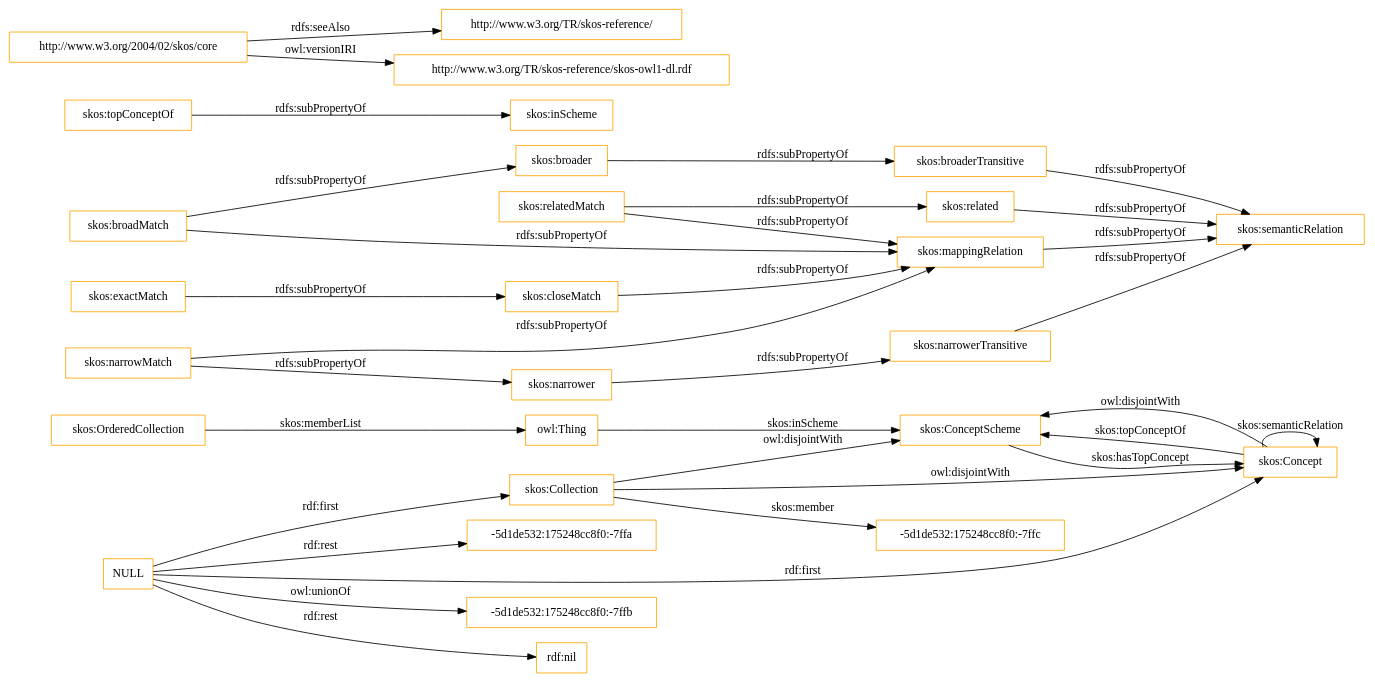
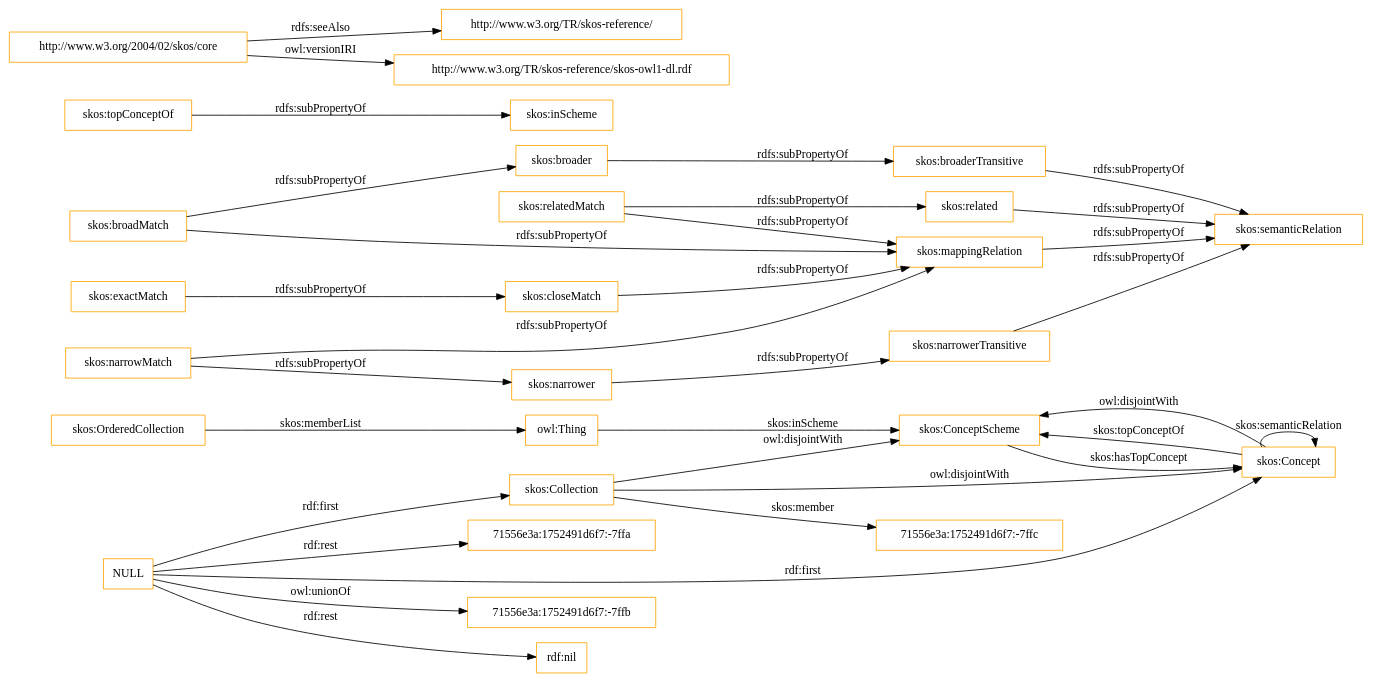
One commit to OnToologyUser/core-ontology-1 changed the diagram in OnToology/imports/skos.owl/diagrams/ar2dtool-class/skos.owl.png.dot. Above: the diagram before and after it, drawn with Graphviz. The commit also changed 14 other files, not shown here.

```diff
--- a/OnToology/imports/skos.owl/diagrams/ar2dtool-class/skos.owl.png.dot
+++ b/OnToology/imports/skos.owl/diagrams/ar2dtool-class/skos.owl.png.dot
@@ -1,37 +1,37 @@
 digraph ar2dtool_diagram { 
 rankdir=LR;
 size="1501"
-node [shape = rectangle, color="orange"]; "skos:OrderedCollection" "skos:ConceptScheme" "skos:Concept" "skos:Collection" "-5d1de532:175248cc8f0:-7ffc" ; /*classes style*/
+node [shape = rectangle, color="orange"]; "skos:OrderedCollection" "skos:ConceptScheme" "skos:Concept" "skos:Collection" "71556e3a:1752491d6f7:-7ffc" ; /*classes style*/
 	"skos:narrowerTransitive" -> "skos:semanticRelation" [ label = "rdfs:subPropertyOf" ];
-	"NULL" -> "-5d1de532:175248cc8f0:-7ffb" [ label = "owl:unionOf" ];
+	"NULL" -> "71556e3a:1752491d6f7:-7ffb" [ label = "owl:unionOf" ];
 	"NULL" -> "rdf:nil" [ label = "rdf:rest" ];
 	"NULL" -> "skos:Concept" [ label = "rdf:first" ];
-	"NULL" -> "-5d1de532:175248cc8f0:-7ffa" [ label = "rdf:rest" ];
+	"NULL" -> "71556e3a:1752491d6f7:-7ffa" [ label = "rdf:rest" ];
 	"NULL" -> "skos:Collection" [ label = "rdf:first" ];
 	"skos:closeMatch" -> "skos:mappingRelation" [ label = "rdfs:subPropertyOf" ];
 	"skos:Concept" -> "skos:ConceptScheme" [ label = "owl:disjointWith" ];
 	"skos:relatedMatch" -> "skos:related" [ label = "rdfs:subPropertyOf" ];
 	"skos:relatedMatch" -> "skos:mappingRelation" [ label = "rdfs:subPropertyOf" ];
 	"skos:related" -> "skos:semanticRelation" [ label = "rdfs:subPropertyOf" ];
 	"skos:topConceptOf" -> "skos:inScheme" [ label = "rdfs:subPropertyOf" ];
 	"skos:broadMatch" -> "skos:mappingRelation" [ label = "rdfs:subPropertyOf" ];
 	"skos:broadMatch" -> "skos:broader" [ label = "rdfs:subPropertyOf" ];
 	"skos:exactMatch" -> "skos:closeMatch" [ label = "rdfs:subPropertyOf" ];
 	"skos:broaderTransitive" -> "skos:semanticRelation" [ label = "rdfs:subPropertyOf" ];
 	"skos:broader" -> "skos:broaderTransitive" [ label = "rdfs:subPropertyOf" ];
 	"skos:mappingRelation" -> "skos:semanticRelation" [ label = "rdfs:subPropertyOf" ];
 	"http://www.w3.org/2004/02/skos/core" -> "http://www.w3.org/TR/skos-reference/" [ label = "rdfs:seeAlso" ];
 	"http://www.w3.org/2004/02/skos/core" -> "http://www.w3.org/TR/skos-reference/skos-owl1-dl.rdf" [ label = "owl:versionIRI" ];
 	"skos:Collection" -> "skos:ConceptScheme" [ label = "owl:disjointWith" ];
 	"skos:Collection" -> "skos:Concept" [ label = "owl:disjointWith" ];
 	"skos:narrower" -> "skos:narrowerTransitive" [ label = "rdfs:subPropertyOf" ];
 	"skos:narrowMatch" -> "skos:narrower" [ label = "rdfs:subPropertyOf" ];
 	"skos:narrowMatch" -> "skos:mappingRelation" [ label = "rdfs:subPropertyOf" ];
 	"skos:OrderedCollection" -> "owl:Thing" [ label = "skos:memberList" ];
 	"skos:Concept" -> "skos:ConceptScheme" [ label = "skos:topConceptOf" ];
 	"skos:Concept" -> "skos:Concept" [ label = "skos:semanticRelation" ];
-	"skos:Collection" -> "-5d1de532:175248cc8f0:-7ffc" [ label = "skos:member" ];
+	"skos:Collection" -> "71556e3a:1752491d6f7:-7ffc" [ label = "skos:member" ];
 	"skos:ConceptScheme" -> "skos:Concept" [ label = "skos:hasTopConcept" ];
 	"owl:Thing" -> "skos:ConceptScheme" [ label = "skos:inScheme" ];
 
 }
```
